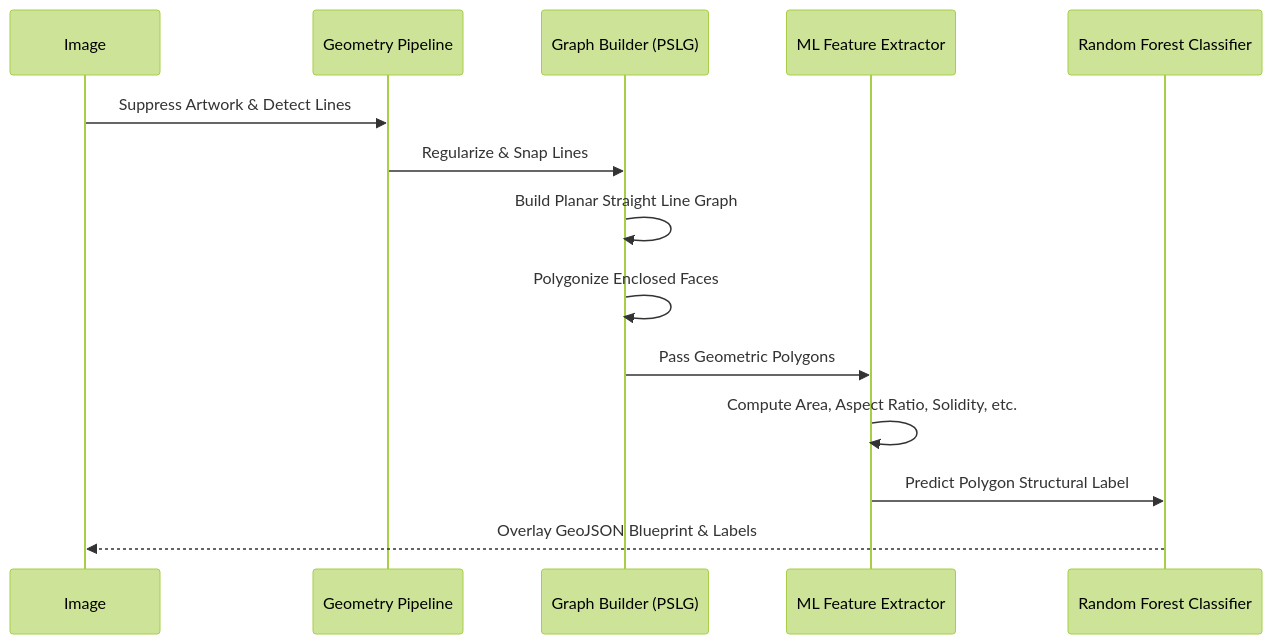
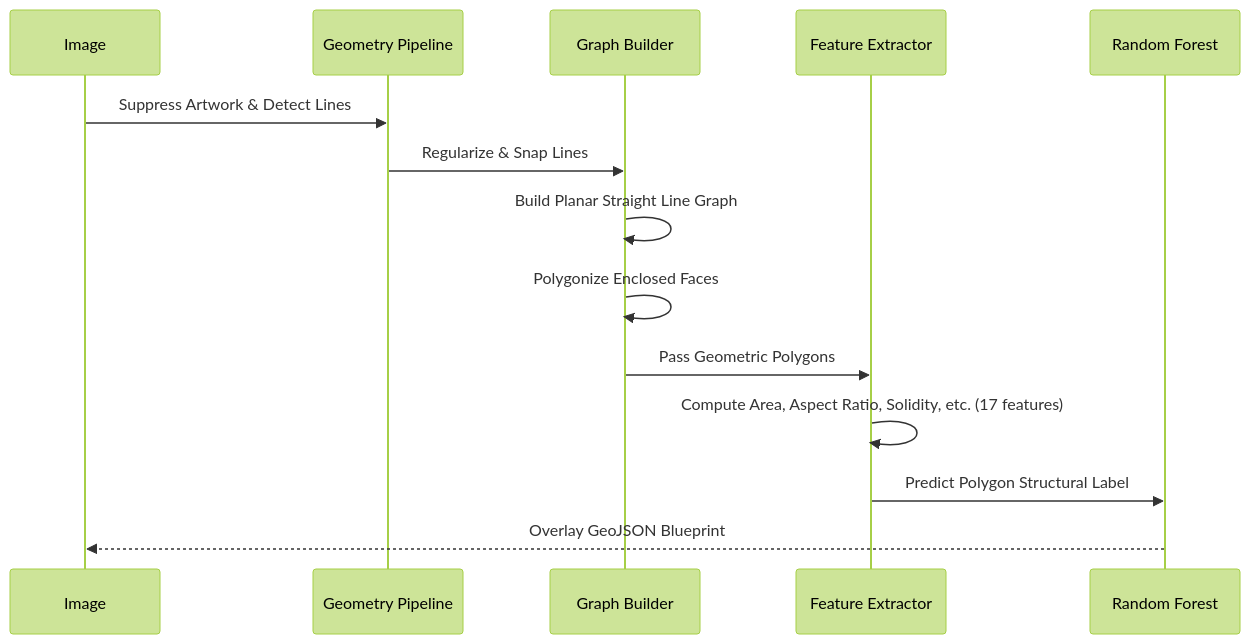
Before and after one commit to Meetjo656/Silvertouch_Internship: the third of 5 diagrams in README.md, drawn with Mermaid (forest theme). The commit also changed other lines of this file and 1 other file, not shown here.

````diff
--- a/README.md
+++ b/README.md
@@ -783,17 +115,17 @@
 ```mermaid
 sequenceDiagram
     participant Image
     participant CV as Geometry Pipeline
-    participant Math as Graph Builder (PSLG)
-    participant ML as ML Feature Extractor
-    participant RF as Random Forest Classifier
+    participant Math as Graph Builder
+    participant ML as Feature Extractor
+    participant RF as Random Forest
     
     Image->>CV: Suppress Artwork & Detect Lines
     CV->>Math: Regularize & Snap Lines
     Math->>Math: Build Planar Straight Line Graph
     Math->>Math: Polygonize Enclosed Faces
     Math->>ML: Pass Geometric Polygons
-    ML->>ML: Compute Area, Aspect Ratio, Solidity, etc.
+    ML->>ML: Compute Area, Aspect Ratio, Solidity, etc. (17 features)
     ML->>RF: Predict Polygon Structural Label
-    RF-->>Image: Overlay GeoJSON Blueprint & Labels
+    RF-->>Image: Overlay GeoJSON Blueprint
 ```
````
